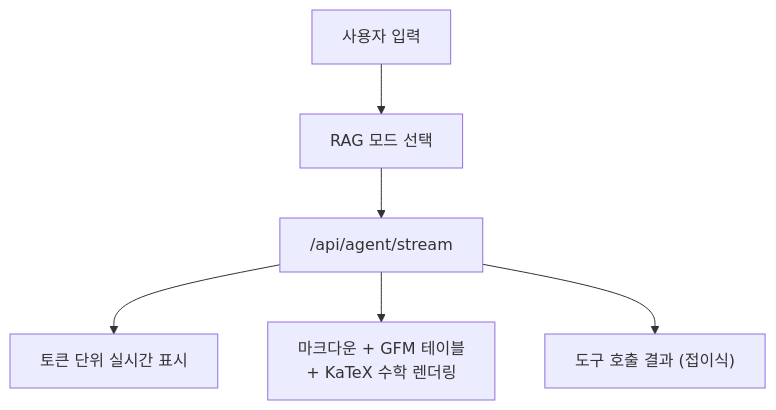
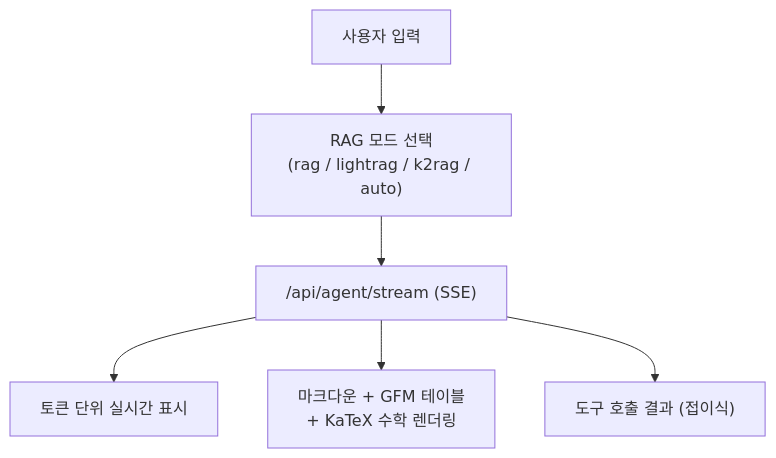
One commit to ASNGG/cafe24-demo changed the first of 8 diagrams in nextjs/README.md. Above: the diagram before and after it, drawn with Mermaid. The commit also changed other lines of this file and 5 other files, not shown here.

````diff
--- a/nextjs/README.md
+++ b/nextjs/README.md
@@ -107,11 +129,11 @@
 ```mermaid
 flowchart TB
     Q["사용자 입력"]
-    Mode["RAG 모드 선택"]
-    SSE["/api/agent/stream"]
+    Mode["RAG 모드 선택<br/>(rag / lightrag / k2rag / auto)"]
+    SSE["/api/agent/stream (SSE)"]
     R1["토큰 단위 실시간 표시"]
     R2["마크다운 + GFM 테이블<br/>+ KaTeX 수학 렌더링"]
     R3["도구 호출 결과 (접이식)"]
 
     Q --> Mode --> SSE --> R1 & R2 & R3
 ```
````
